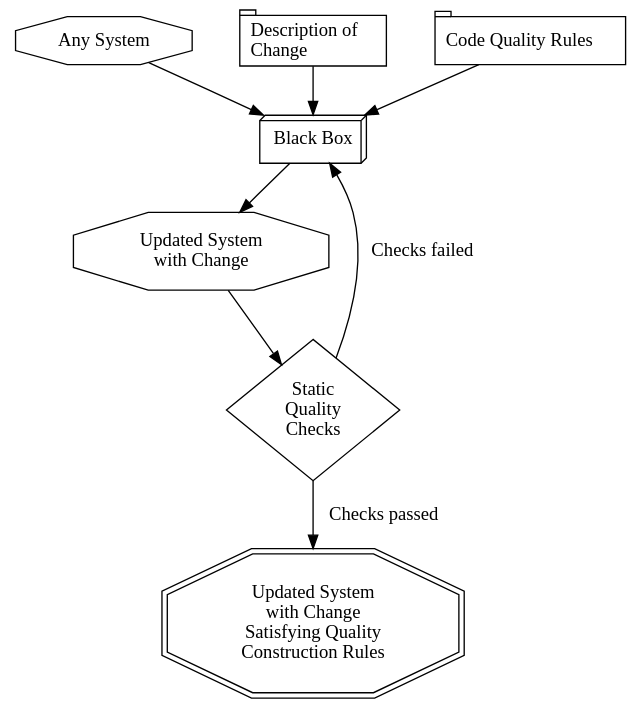
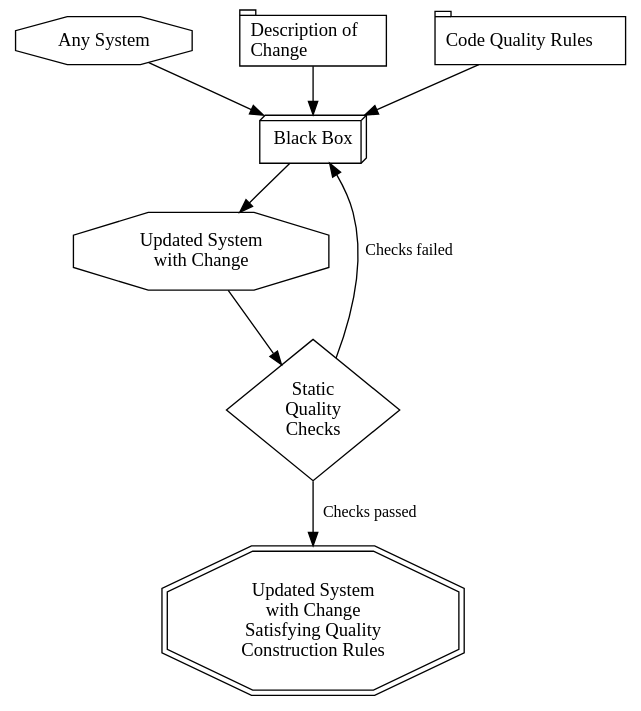
The diagram in images/ai-does-code-matter-2.dot (davetron5000/naildrivin5.com), drawn with Graphviz before and after one commit. The commit also changed 197 other files, not shown here.

```diff
--- a/images/ai-does-code-matter-2.dot
+++ b/images/ai-does-code-matter-2.dot
@@ -1,23 +1,24 @@
 digraph G {
 
-  node[fontname=futura]
+  node[fontname="Jost" class="shape"]
+  edge[fontname="Source Serif 4" fontsize=12]
   nodesep=0.5
   ranksep=0.5
 
   ExistingSystem  -> BlackBox
   ChangeRequest   -> BlackBox
   QualityRules    -> BlackBox
   BlackBox        -> CandidateSystem
   CandidateSystem -> QualityCheck
   QualityCheck    -> UpdatedSystem[label="Checks passed"]
   QualityCheck    -> BlackBox[label="Checks failed"]
 
   ExistingSystem  [ shape=octagon       label="Any System"]
   ChangeRequest   [ shape=tab           label="Description of\lChange\l"]
   QualityRules    [ shape=tab           label="Code Quality Rules\l"]
   BlackBox        [ shape=box3d         label="Black Box"]
   UpdatedSystem   [ shape=doubleoctagon label="Updated System\nwith Change\nSatisfying Quality\nConstruction Rules\n"]
   CandidateSystem [ shape=octagon       label="Updated System\nwith Change"]
   QualityCheck    [ shape=diamond       label="Static\nQuality\nChecks\n"]
 
 }
```
